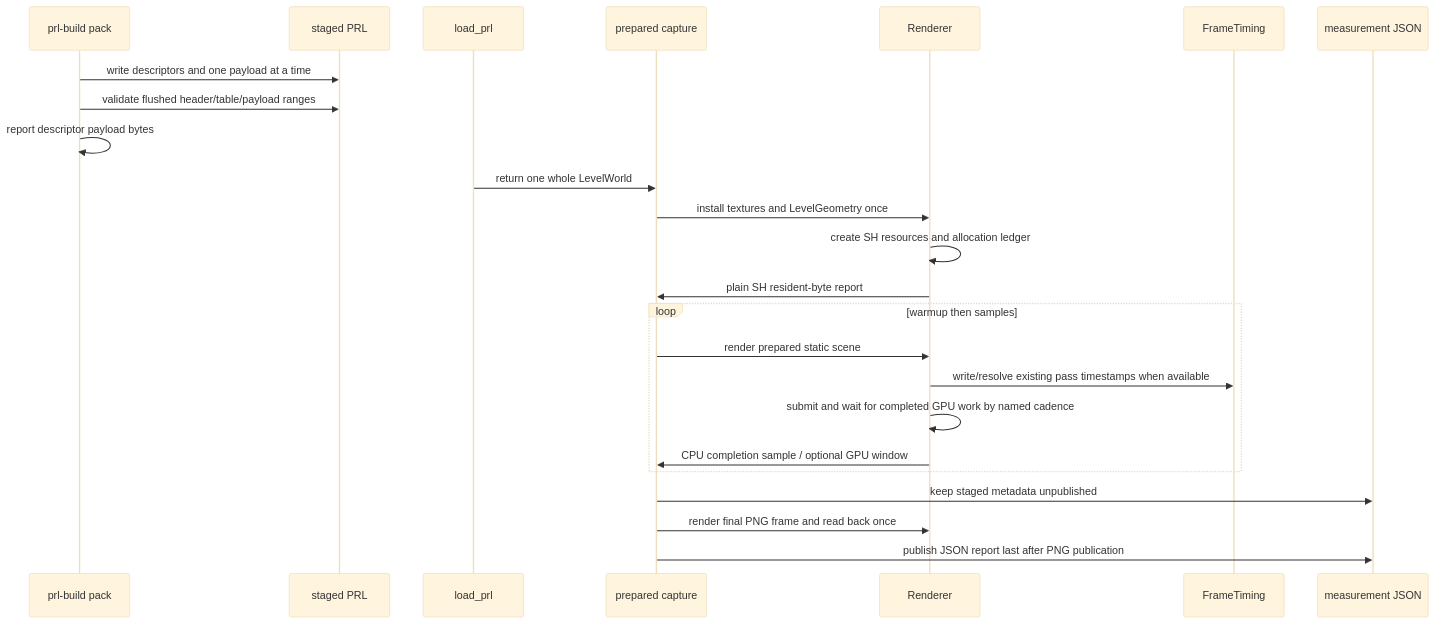
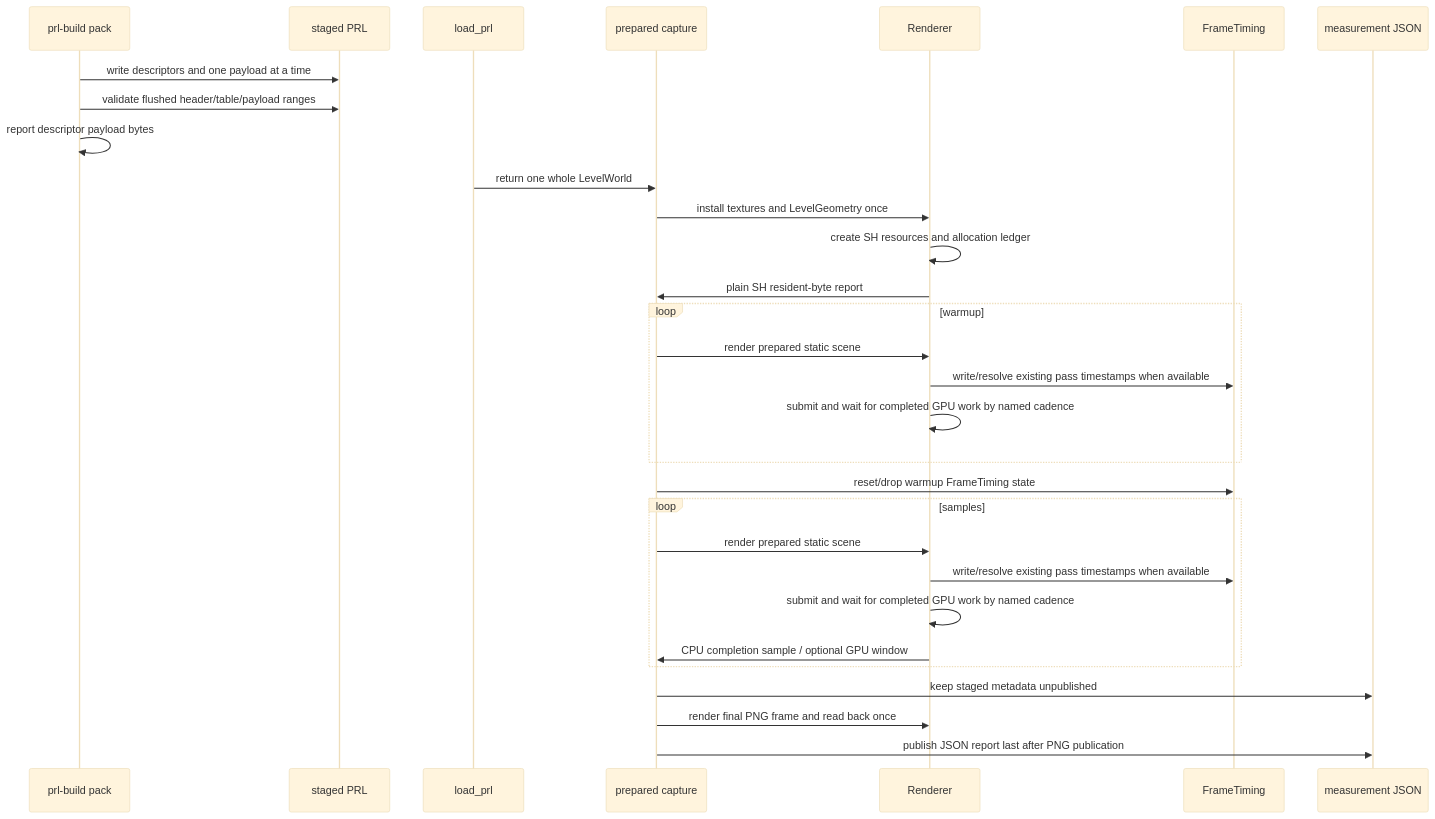
Before and after one commit to majtom2grndctrl/postretro: the diagram in context/plans/drafts/sh-probe-streaming--measurement-harness/research.md, drawn with Mermaid (base theme). The commit also changed other lines of this file and 1 other file, not shown here.

````diff
--- a/context/plans/drafts/sh-probe-streaming--measurement-harness/research.md
+++ b/context/plans/drafts/sh-probe-streaming--measurement-harness/research.md
@@ -8,27 +8,33 @@
 ```mermaid
 sequenceDiagram
     participant Compiler as prl-build pack
     participant PRL as staged PRL
     participant Loader as load_prl
     participant Capture as prepared capture
     participant Renderer as Renderer
     participant Timing as FrameTiming
     participant Report as measurement JSON
 
     Compiler->>PRL: write descriptors and one payload at a time
     Compiler->>PRL: validate flushed header/table/payload ranges
     Compiler->>Compiler: report descriptor payload bytes
     Loader->>Capture: return one whole LevelWorld
     Capture->>Renderer: install textures and LevelGeometry once
     Renderer->>Renderer: create SH resources and allocation ledger
     Renderer->>Capture: plain SH resident-byte report
-    loop warmup then samples
+    loop warmup
+        Capture->>Renderer: render prepared static scene
+        Renderer->>Timing: write/resolve existing pass timestamps when available
+        Renderer->>Renderer: submit and wait for completed GPU work by named cadence
+    end
+    Capture->>Timing: reset/drop warmup FrameTiming state
+    loop samples
         Capture->>Renderer: render prepared static scene
         Renderer->>Timing: write/resolve existing pass timestamps when available
         Renderer->>Renderer: submit and wait for completed GPU work by named cadence
         Renderer->>Capture: CPU completion sample / optional GPU window
     end
     Capture->>Report: keep staged metadata unpublished
     Capture->>Renderer: render final PNG frame and read back once
     Capture->>Report: publish JSON report last after PNG publication
 ```
````
